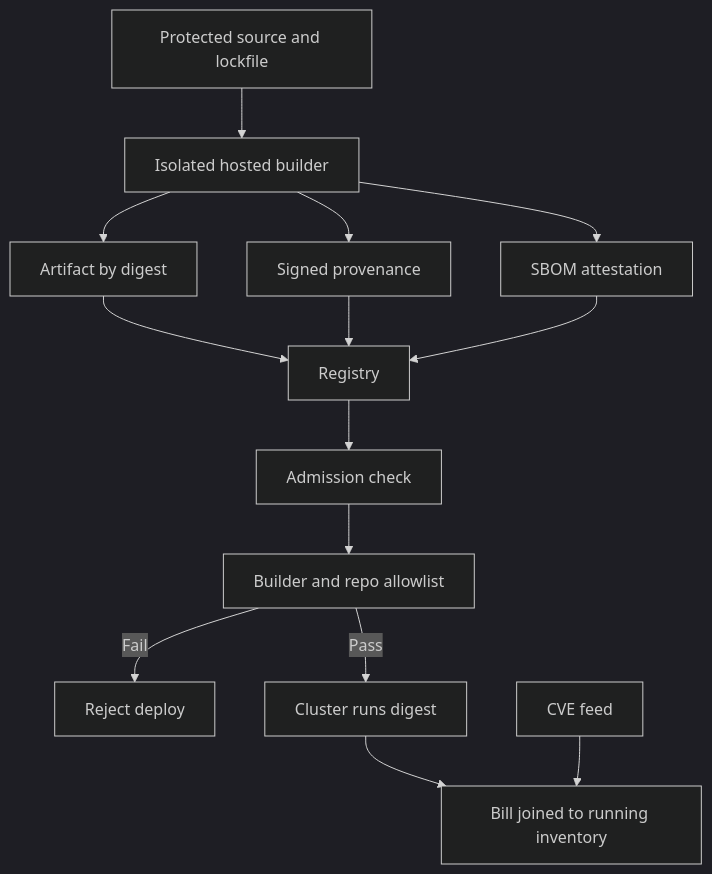
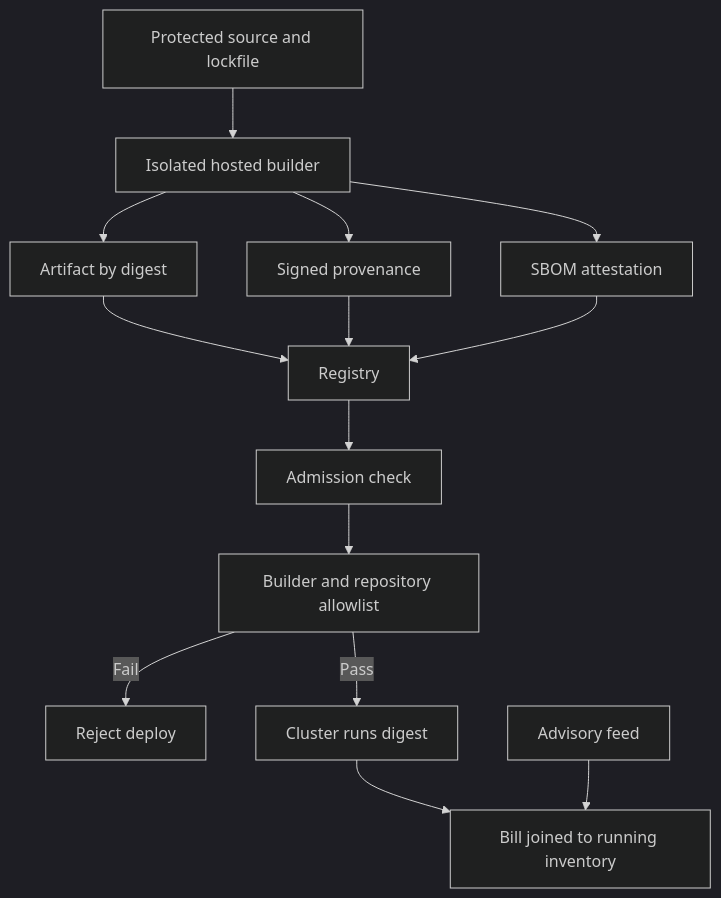
The diagram in src/content/topics/advanced/a84-supply-chain-security-sbom-and-slsa.mdx (search4soumya/Eidos-Design-Pattern), drawn with Mermaid (dark theme) before and after one commit. The commit also changed other lines of this file and 1 other file, not shown here.

````diff
--- a/src/content/topics/advanced/a84-supply-chain-security-sbom-and-slsa.mdx
+++ b/src/content/topics/advanced/a84-supply-chain-security-sbom-and-slsa.mdx
@@ -79,16 +75,16 @@
 ```mermaid
 flowchart TB
   Source[Protected source and lockfile] --> Builder[Isolated hosted builder]
   Builder --> Artifact[Artifact by digest]
   Builder --> Prov[Signed provenance]
   Builder --> Sbom[SBOM attestation]
   Artifact --> Registry[Registry]
   Prov --> Registry
   Sbom --> Registry
   Registry --> Admit[Admission check]
-  Admit --> Policy[Builder and repo allowlist]
+  Admit --> Policy[Builder and repository allowlist]
   Policy -->|Fail| Reject[Reject deploy]
   Policy -->|Pass| Cluster[Cluster runs digest]
   Cluster --> Index[Bill joined to running inventory]
-  Cve[CVE feed] --> Index
+  Cve[Advisory feed] --> Index
 ```
````
